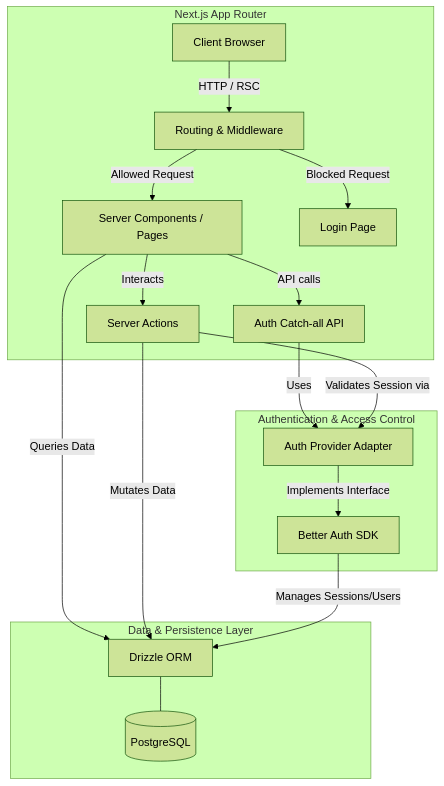
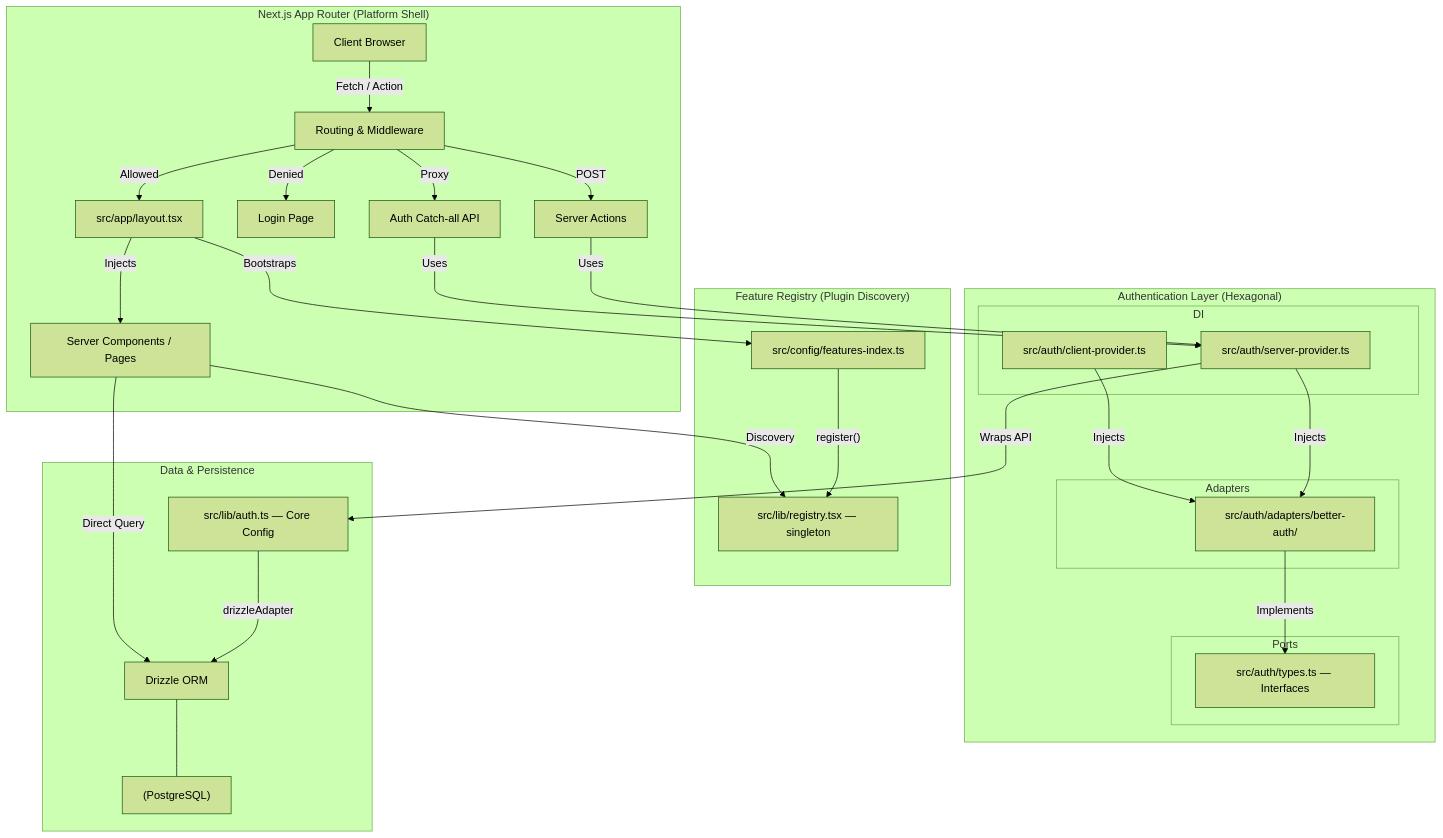
Before and after one commit to good-shepherd-insights/multi-tenant-saas-starter: the first of 5 diagrams in ARCHITECTURE.md, drawn with Mermaid (forest theme). The commit also changed other lines of this file and 9 other files, not shown here.

Commit message:
docs: add comprehensive feature engineering manuals and architectural documentation

````diff
--- a/ARCHITECTURE.md
+++ b/ARCHITECTURE.md
@@ -11,32 +11,60 @@
 ```mermaid
 graph TD
-    Client[Client Browser]
-    
-    subgraph Next.js App Router
-        Client -- HTTP / RSC --> Router[Routing & Middleware]
-        Router -- Allowed Request --> Page[Server Components / Pages]
-        Router -- Blocked Request --> Login[Login Page]
-        
-        Page -- Interacts --> ServerActions[Server Actions]
-        Page -- API calls --> APIAuth[Auth Catch-all API]
+    Client["Client Browser"]
+
+    subgraph "Next.js App Router (Platform Shell)"
+        Router["Routing & Middleware"]
+        Layout["src/app/layout.tsx"]
+        Page["Server Components / Pages"]
+        Login["Login Page"]
+        ServerActions["Server Actions"]
+        APIAuth["Auth Catch-all API"]
+
+        Client -- "Fetch / Action" --> Router
+        Router -- "Allowed" --> Layout
+        Layout -- "Injects" --> Page
+        Router -- "Denied" --> Login
+        Router -- "POST" --> ServerActions
+        Router -- "Proxy" --> APIAuth
     end
 
-    subgraph Authentication & Access Control
-        AuthAdapter[Auth Provider Adapter]
-        BetterAuth[Better Auth SDK]
+    subgraph "Authentication Layer (Hexagonal)"
+        subgraph Ports
+            ITypes["src/auth/types.ts — Interfaces"]
+        end
+        subgraph Adapters
+            BAuthAdapter["src/auth/adapters/better-auth/"]
+        end
+        subgraph DI
+            SProvider["src/auth/server-provider.ts"]
+            CProvider["src/auth/client-provider.ts"]
+        end
         
-        APIAuth -- Uses --> AuthAdapter
-        ServerActions -- Validates Session via --> AuthAdapter
-        AuthAdapter -- Implements Interface --> BetterAuth
+        BAuthAdapter -- "Implements" --> ITypes
+        SProvider -- "Injects" --> BAuthAdapter
+        CProvider -- "Injects" --> BAuthAdapter
     end
 
-    subgraph Data & Persistence Layer
-        Drizzle[Drizzle ORM]
-        DB[(PostgreSQL)]
-        
-        Page -- Queries Data --> Drizzle
-        ServerActions -- Mutates Data --> Drizzle
-        BetterAuth -- Manages Sessions/Users --> Drizzle
+    subgraph "Feature Registry (Plugin Discovery)"
+        Registry["src/lib/registry.tsx — singleton"]
+        FIndex["src/config/features-index.ts"]
+
+        Layout -- "Bootstraps" --> FIndex
+        FIndex -- "register()" --> Registry
+        Page -- "Discovery" --> Registry
+    end
+
+    subgraph "Data & Persistence"
+        BAuthCore["src/lib/auth.ts — Core Config"]
+        Drizzle["Drizzle ORM"]
+        DB["(PostgreSQL)"]
+
+        SProvider -- "Wraps API" --> BAuthCore
+        BAuthCore -- "drizzleAdapter" --> Drizzle
+        Page -- "Direct Query" --> Drizzle
         Drizzle --- DB
     end
+
+    ServerActions -- "Uses" --> SProvider
+    APIAuth -- "Uses" --> SProvider
 ```
````
